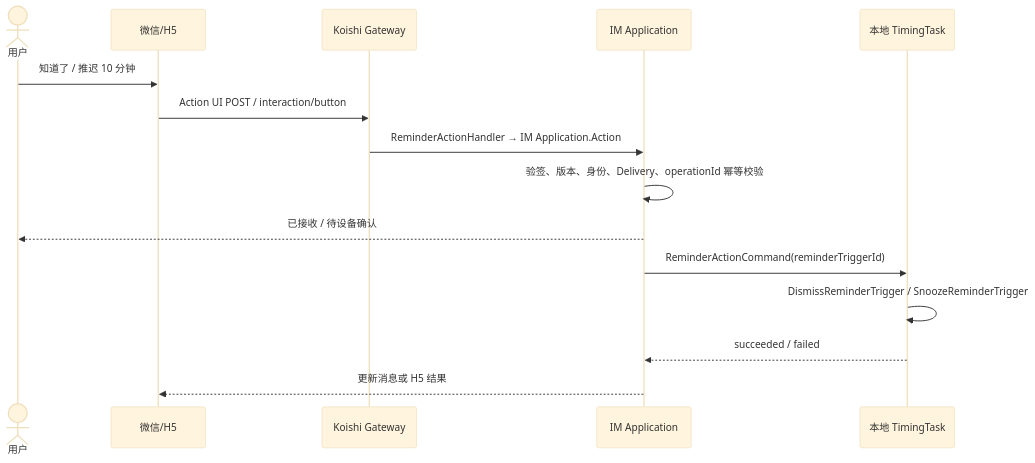
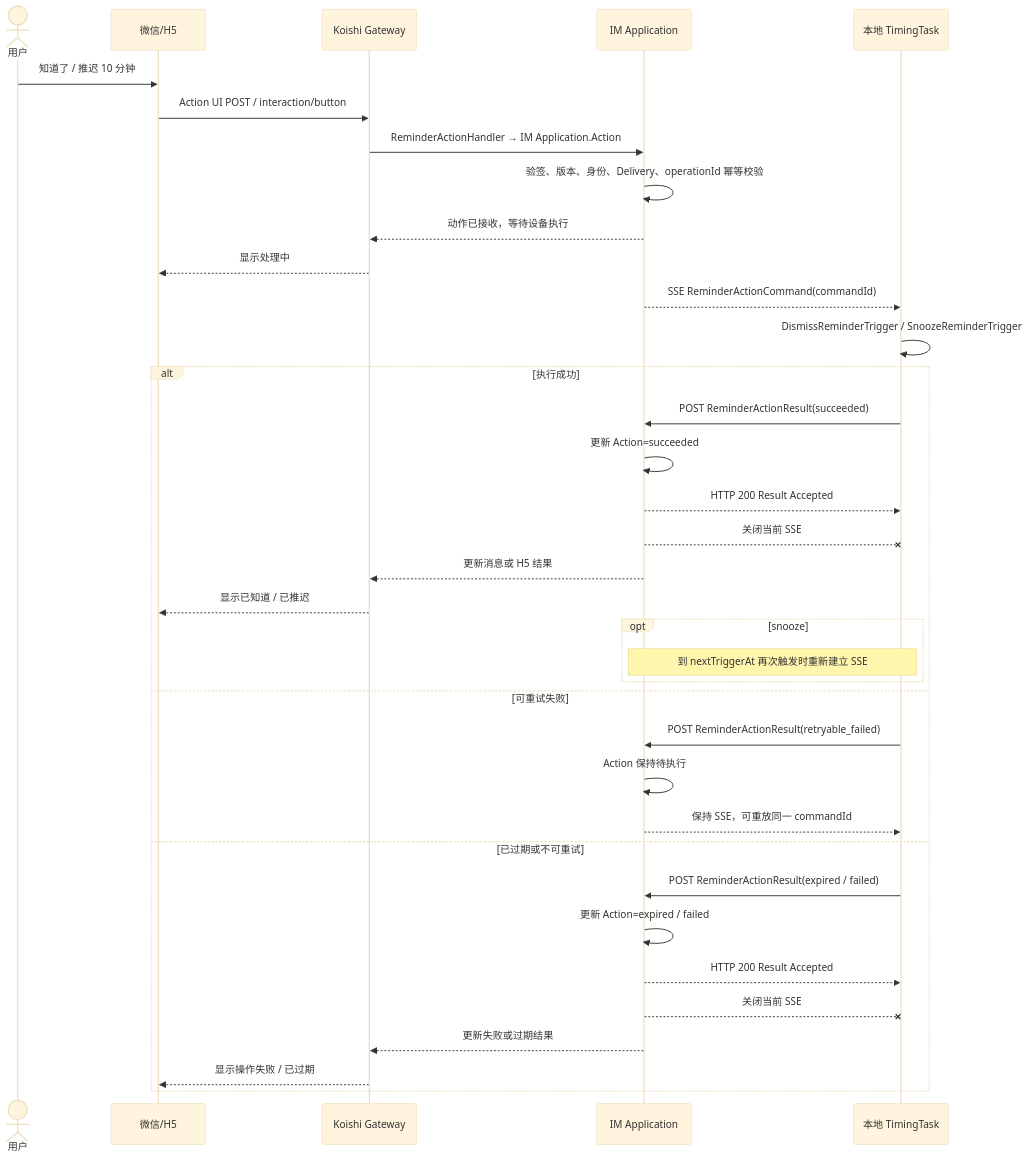
The third of 5 diagrams in docs/整体架构设计format.md (1024XEngineer/VoiceLife), drawn with Mermaid (base theme) before and after one commit. The commit also changed other lines of this file, not shown here.

First line of the commit message:
docs(arch): define temporary SSE reminder action flow

````diff
--- a/docs/整体架构设计format.md
+++ b/docs/整体架构设计format.md
@@ -138,18 +141,40 @@
 ```mermaid
 sequenceDiagram
   actor User as 用户
   participant WX as 微信/H5
   participant K as Koishi Gateway
   participant IM as IM Application
   participant T as 本地 TimingTask
 
   User->>WX: 知道了 / 推迟 10 分钟
   WX->>K: Action UI POST / interaction/button
   K->>IM: ReminderActionHandler → IM Application.Action
   IM->>IM: 验签、版本、身份、Delivery、operationId 幂等校验
-  IM-->>User: 已接收 / 待设备确认
-  IM->>T: ReminderActionCommand(reminderTriggerId)
+  IM-->>K: 动作已接收，等待设备执行
+  K-->>WX: 显示处理中
+  IM-->>T: SSE ReminderActionCommand(commandId)
   T->>T: DismissReminderTrigger / SnoozeReminderTrigger
-  T-->>IM: succeeded / failed
-  IM-->>WX: 更新消息或 H5 结果
+
+  alt 执行成功
+    T->>IM: POST ReminderActionResult(succeeded)
+    IM->>IM: 更新 Action=succeeded
+    IM-->>T: HTTP 200 Result Accepted
+    IM--xT: 关闭当前 SSE
+    IM-->>K: 更新消息或 H5 结果
+    K-->>WX: 显示已知道 / 已推迟
+    opt snooze
+      Note over T,IM: 到 nextTriggerAt 再次触发时重新建立 SSE
+    end
+  else 可重试失败
+    T->>IM: POST ReminderActionResult(retryable_failed)
+    IM->>IM: Action 保持待执行
+    IM-->>T: 保持 SSE，可重放同一 commandId
+  else 已过期或不可重试
+    T->>IM: POST ReminderActionResult(expired / failed)
+    IM->>IM: 更新 Action=expired / failed
+    IM-->>T: HTTP 200 Result Accepted
+    IM--xT: 关闭当前 SSE
+    IM-->>K: 更新失败或过期结果
+    K-->>WX: 显示操作失败 / 已过期
+  end
 ```
````
